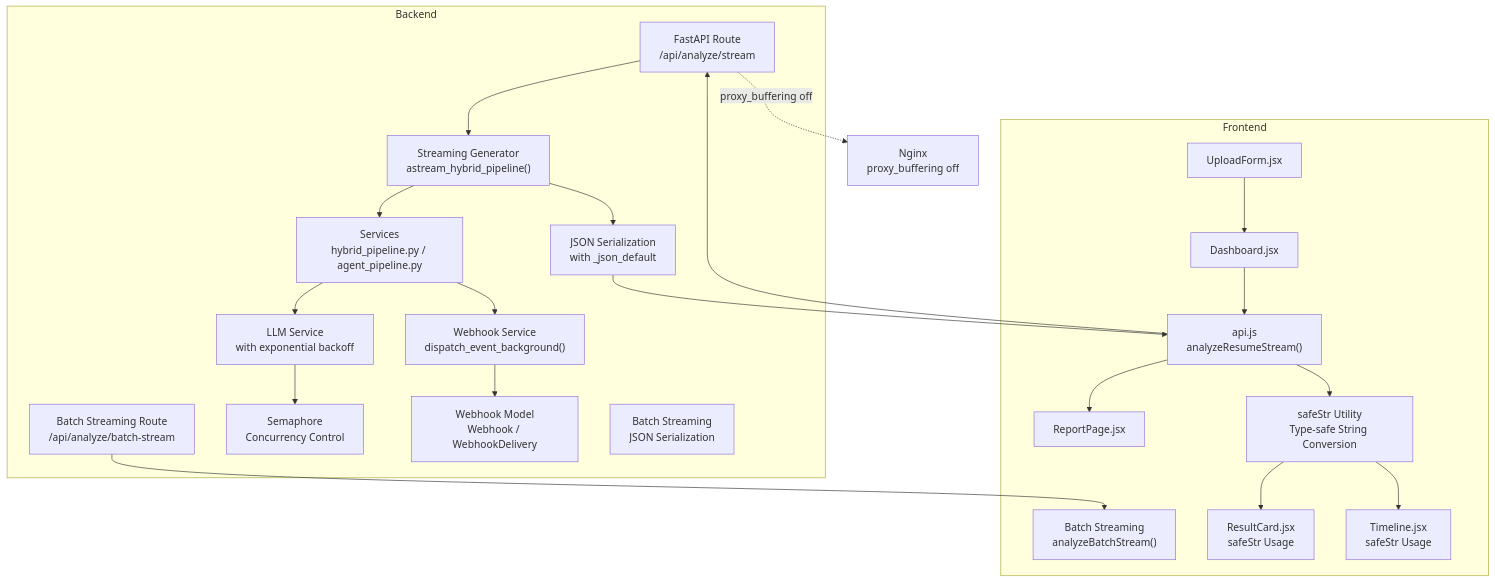
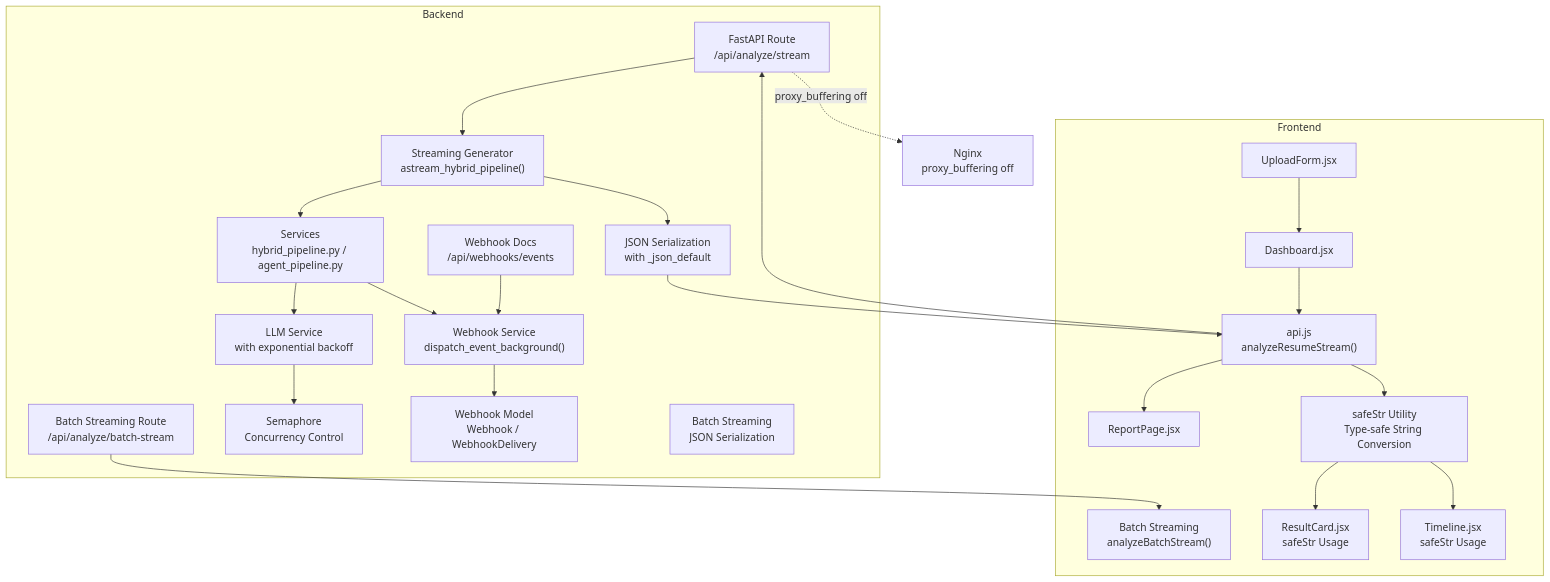
The first of 7 diagrams in .qoder/repowiki/en/content/Real-time Processing.md (Revanththetalogics/aireume), drawn with Mermaid before and after one commit. The commit also changed other lines of this file and 13 other files, not shown here.

````diff
--- a/.qoder/repowiki/en/content/Real-time Processing.md
+++ b/.qoder/repowiki/en/content/Real-time Processing.md
@@ -61,43 +64,45 @@
 ```mermaid
 graph TB
 subgraph "Backend"
 R["FastAPI Route<br/>/api/analyze/stream"]
 GS["Batch Streaming Route<br/>/api/analyze/batch-stream"]
 G["Streaming Generator<br/>astream_hybrid_pipeline()"]
 S["Services<br/>hybrid_pipeline.py / agent_pipeline.py"]
 LS["LLM Service<br/>with exponential backoff"]
 SEM["Semaphore<br/>Concurrency Control"]
 WS["Webhook Service<br/>dispatch_event_background()"]
 W["Webhook Model<br/>Webhook / WebhookDelivery"]
+WR["Webhook Docs<br/>/api/webhooks/events"]
 END["JSON Serialization<br/>with _json_default"]
 END2["Batch Streaming<br/>JSON Serialization"]
 end
 subgraph "Frontend"
 U["UploadForm.jsx"]
 D["Dashboard.jsx"]
 RP["ReportPage.jsx"]
 API["api.js<br/>analyzeResumeStream()"]
 BATCH["Batch Streaming<br/>analyzeBatchStream()"]
 SAFE["safeStr Utility<br/>Type-safe String Conversion"]
 RC["ResultCard.jsx<br/>safeStr Usage"]
 TL["Timeline.jsx<br/>safeStr Usage"]
 end
 N["Nginx<br/>proxy_buffering off"]
 U --> D
 D --> API
 API --> R
 GS --> BATCH
 R --> G
 G --> S
 S --> LS
 LS --> SEM
 S --> WS
 WS --> W
+WR --> WS
 G --> END
 END --> API
 API --> SAFE
 SAFE --> RC
 SAFE --> TL
 API --> RP
 R -. "proxy_buffering off" .-> N
 ```
````
